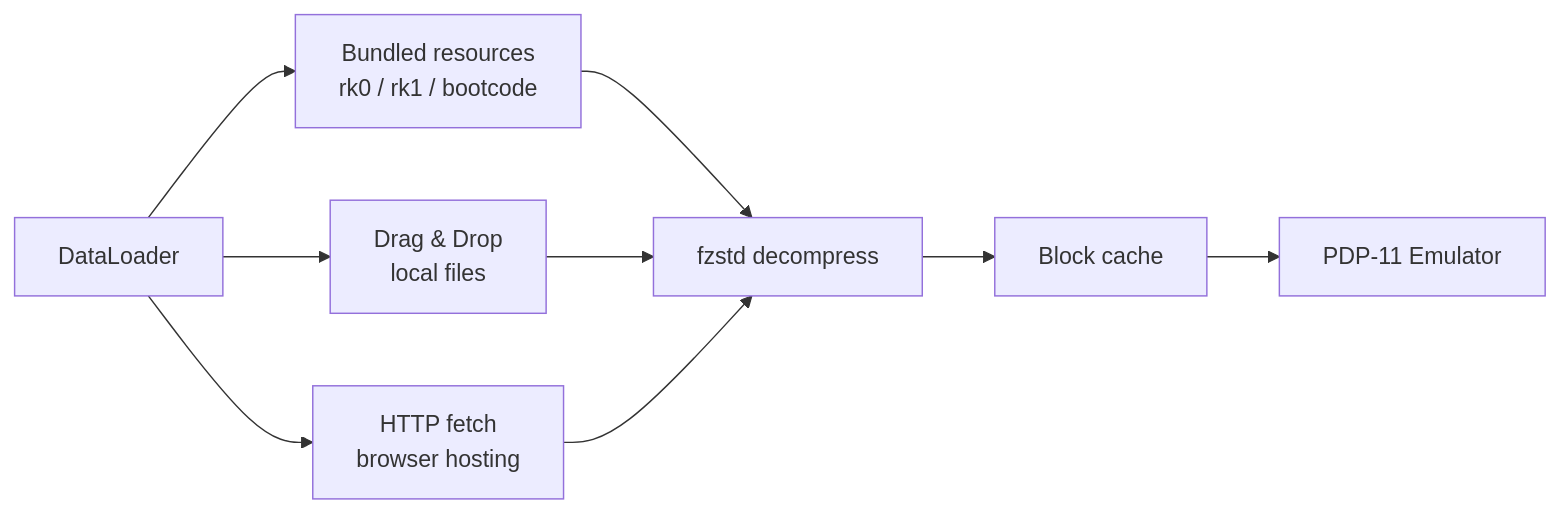
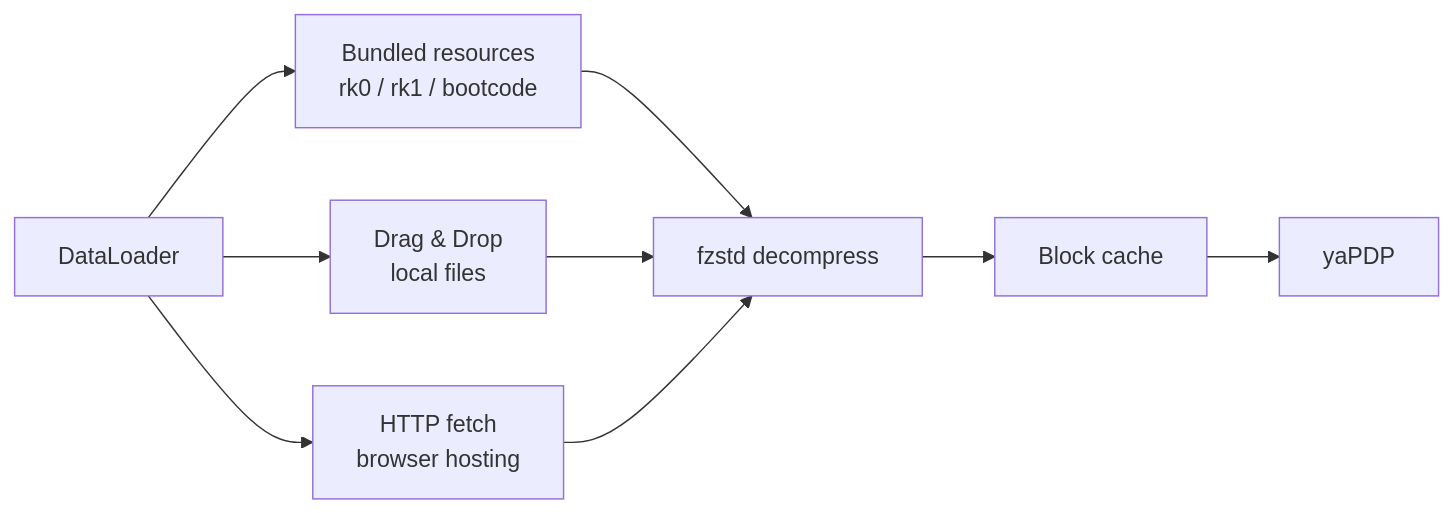
The diagram in README.md (amesk/yaPDP), drawn with Mermaid before and after one commit. The commit also changed other lines of this file and 18 other files, not shown here.

````diff
--- a/README.md
+++ b/README.md
@@ -84,10 +84,10 @@
 ```mermaid
 flowchart LR
     A[DataLoader] --> B[Bundled resources<br/>rk0 / rk1 / bootcode]
     A --> C[Drag & Drop<br/>local files]
     A --> D[HTTP fetch<br/>browser hosting]
     B --> E[fzstd decompress]
     C --> E
     D --> E
-    E --> F[Block cache] --> G[PDP-11 Emulator]
+    E --> F[Block cache] --> G[yaPDP]
 ```
````
